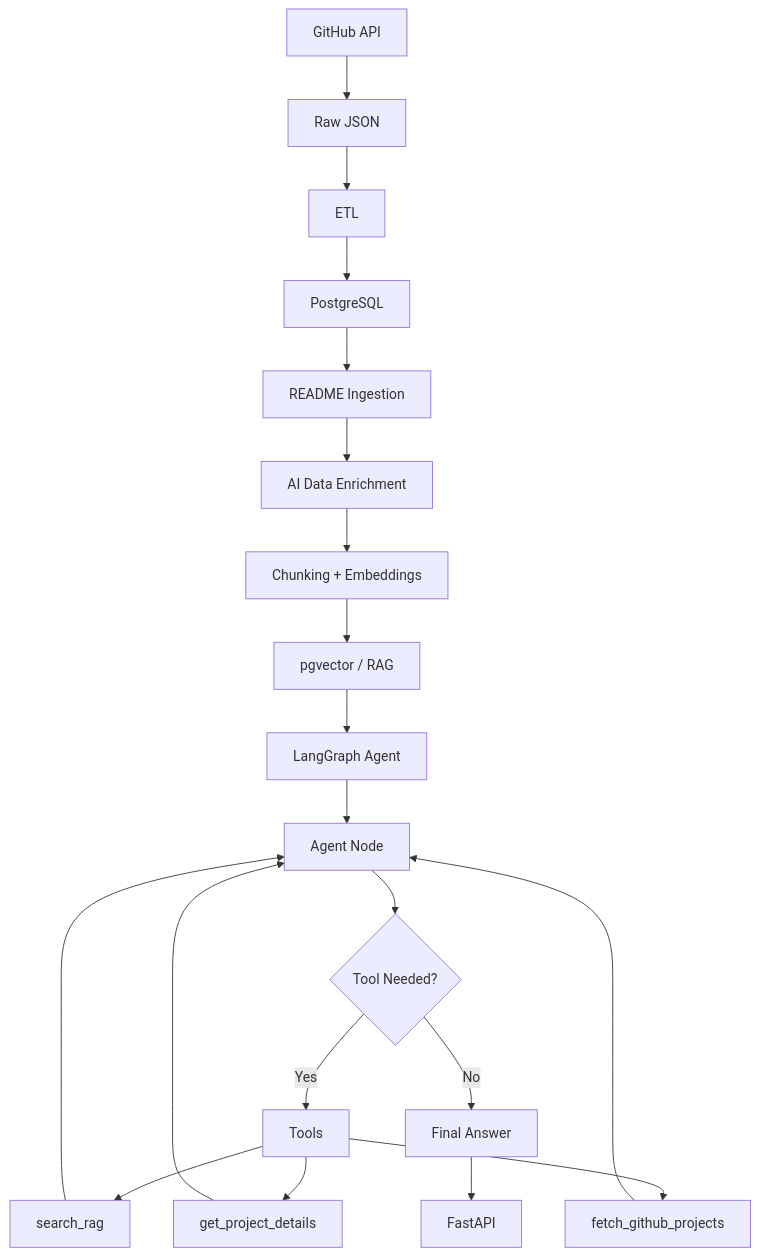
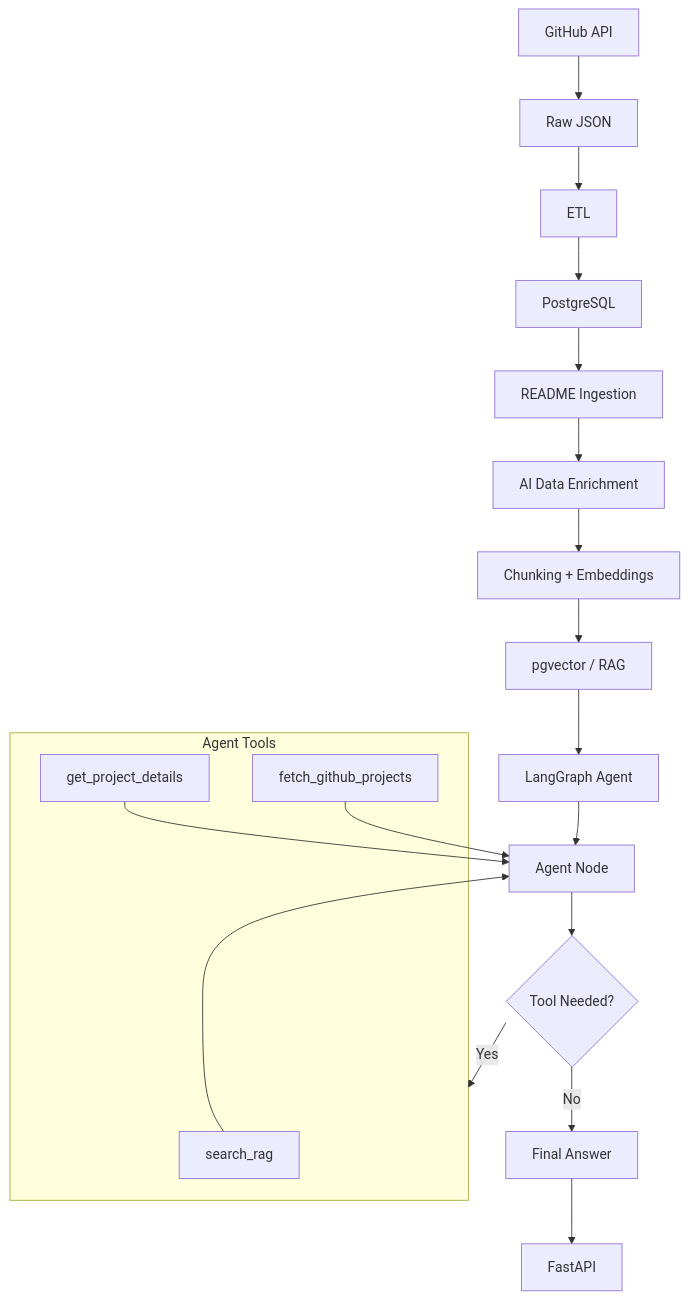
One commit to sylen111/Open-Source-Project-Intelligence changed the diagram in README.md. Above: the diagram before and after it, drawn with Mermaid.

````diff
--- a/README.md
+++ b/README.md
@@ -11,26 +11,29 @@
 ```mermaid
 flowchart TD
     A[GitHub API] --> B[Raw JSON]
     B --> C[ETL]
     C --> D[PostgreSQL]
     D --> E[README Ingestion]
     E --> F[AI Data Enrichment]
     F --> G[Chunking + Embeddings]
     G --> H[pgvector / RAG]
 
     H --> I[LangGraph Agent]
     I --> J[Agent Node]
     J --> K{Tool Needed?}
 
-    K -->|Yes| L[Tools]
-    L --> M[search_rag]
-    L --> N[get_project_details]
-    L --> O[fetch_github_projects]
+    K -->|Yes| L
+    K -->|No| P[Final Answer]
+
+    subgraph L[Agent Tools]
+        M[search_rag]
+        N[get_project_details]
+        O[fetch_github_projects]
+    end
 
     M --> J
     N --> J
     O --> J
 
-    K -->|No| P[Final Answer]
     P --> Q[FastAPI]
 ```
````
